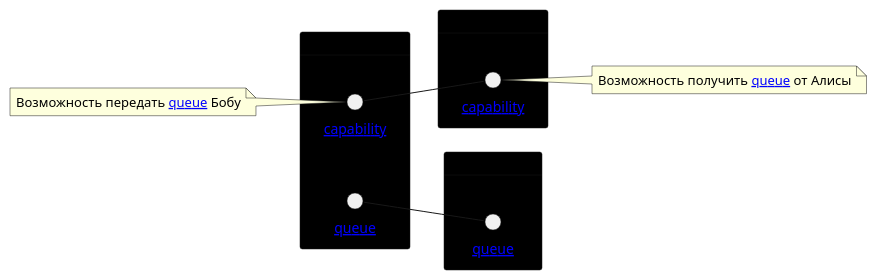
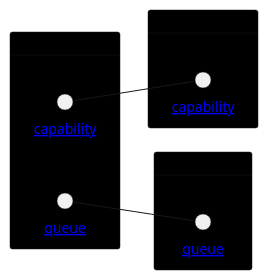
One commit to pavetok/pavetok.github.io changed the diagram in diagrams/queue-example/transaction-before.puml. Above: the diagram before and after it, drawn with PlantUML. The commit also changed 3 other files, not shown here.

```diff
--- a/diagrams/queue-example/transaction-before.puml
+++ b/diagrams/queue-example/transaction-before.puml
@@ -1,34 +1,24 @@
 @startuml
 left to right direction
 
 skinparam card {
     BorderThickness 0.5
     BackgroundColor 0
 }
 
 card Alice {
     circle "[[/work/transaction-types/queue-example/diagrams/capability-send/{capability} capability]]" as capability1 <<send>>
     circle "[[/work/transaction-types/queue-example/diagrams/queue-client/{queue} queue]]" as queue1 <<client>>
 }
 
-note as AliceNote
-  Возможность передать [[/work/transaction-types/queue-example/diagrams/queue-client/{queue} queue]] Бобу
-end note
-AliceNote -- capability1
-
 card Bob {
     circle "[[/work/transaction-types/queue-example/diagrams/capability-receive/{capability} capability]]" as capability2 <<receive>>
 }
-
-note as BobNote
-  Возможность получить [[/work/transaction-types/queue-example/diagrams/queue-client/{queue} queue]] от Алисы
-end note
-capability2 -- BobNote
 
 card Carol {
     circle "[[/work/transaction-types/queue-example/diagrams/queue-server/{queue} queue]]" as queue2 <<server>>
 }
 
 capability1 -- capability2
 queue1 -- queue2
 @enduml
```
